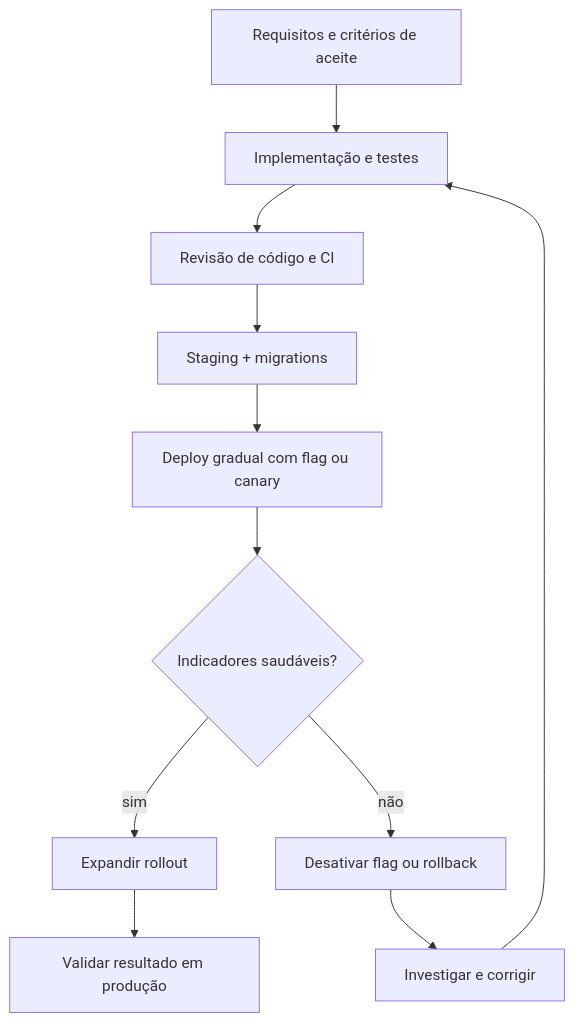
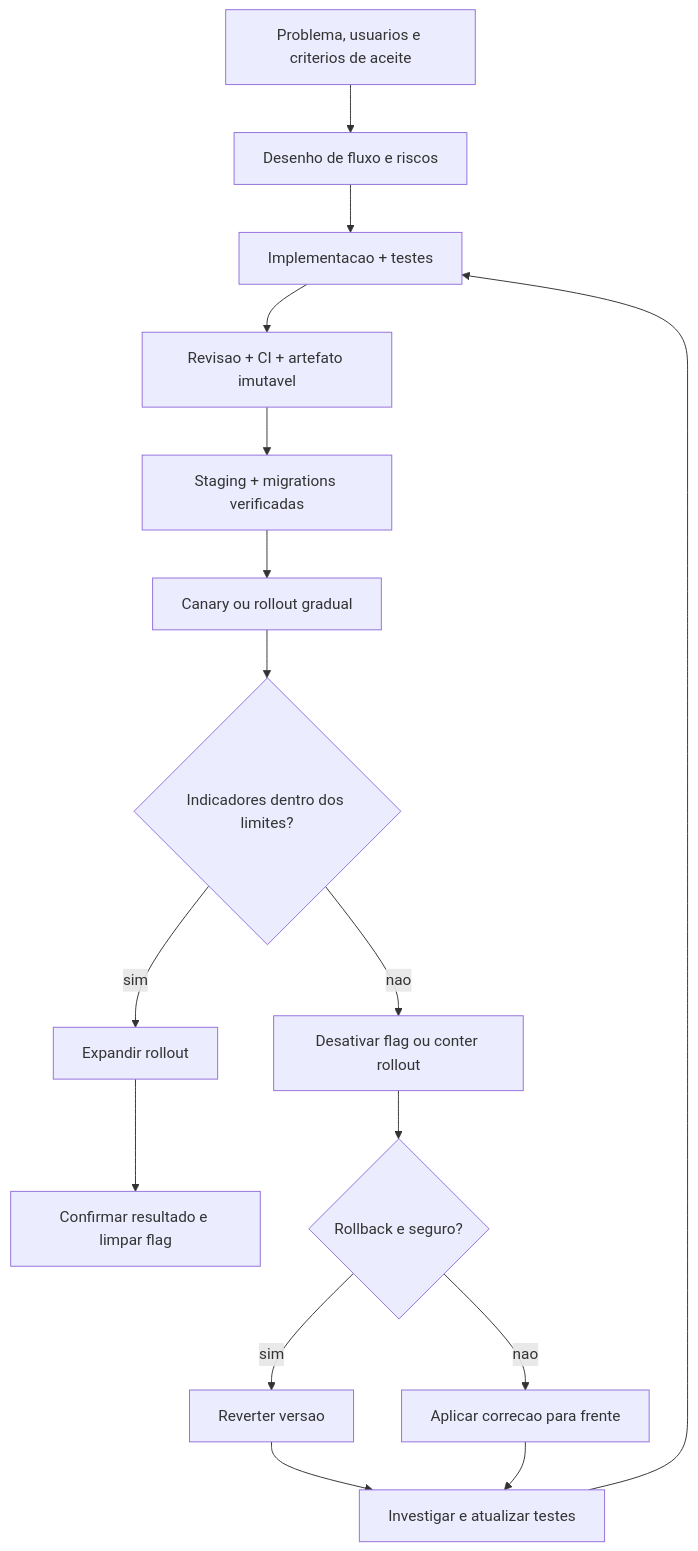
The second of 3 diagrams in README.md (GabrielAraujoGit/Questions), drawn with Mermaid before and after one commit. The commit also changed other lines of this file, not shown here.

Commit message:
Expandir respostas com raciocinio tecnico

````diff
--- a/README.md
+++ b/README.md
@@ -81,13 +104,18 @@
 ```mermaid
 flowchart TD
-    A[Requisitos e critérios de aceite] --> B[Implementação e testes]
-    B --> C[Revisão de código e CI]
-    C --> D[Staging + migrations]
-    D --> E[Deploy gradual com flag ou canary]
-    E --> F{Indicadores saudáveis?}
-    F -->|sim| G[Expandir rollout]
-    G --> H[Validar resultado em produção]
-    F -->|não| I[Desativar flag ou rollback]
-    I --> J[Investigar e corrigir]
-    J --> B
+    A[Problema, usuarios e criterios de aceite] --> B[Desenho de fluxo e riscos]
+    B --> C[Implementacao + testes]
+    C --> D[Revisao + CI + artefato imutavel]
+    D --> E[Staging + migrations verificadas]
+    E --> F[Canary ou rollout gradual]
+    F --> G{Indicadores dentro dos limites?}
+    G -->|sim| H[Expandir rollout]
+    H --> I[Confirmar resultado e limpar flag]
+    G -->|nao| J[Desativar flag ou conter rollout]
+    J --> K{Rollback e seguro?}
+    K -->|sim| L[Reverter versao]
+    K -->|nao| M[Aplicar correcao para frente]
+    L --> N[Investigar e atualizar testes]
+    M --> N
+    N --> C
 ```
````
